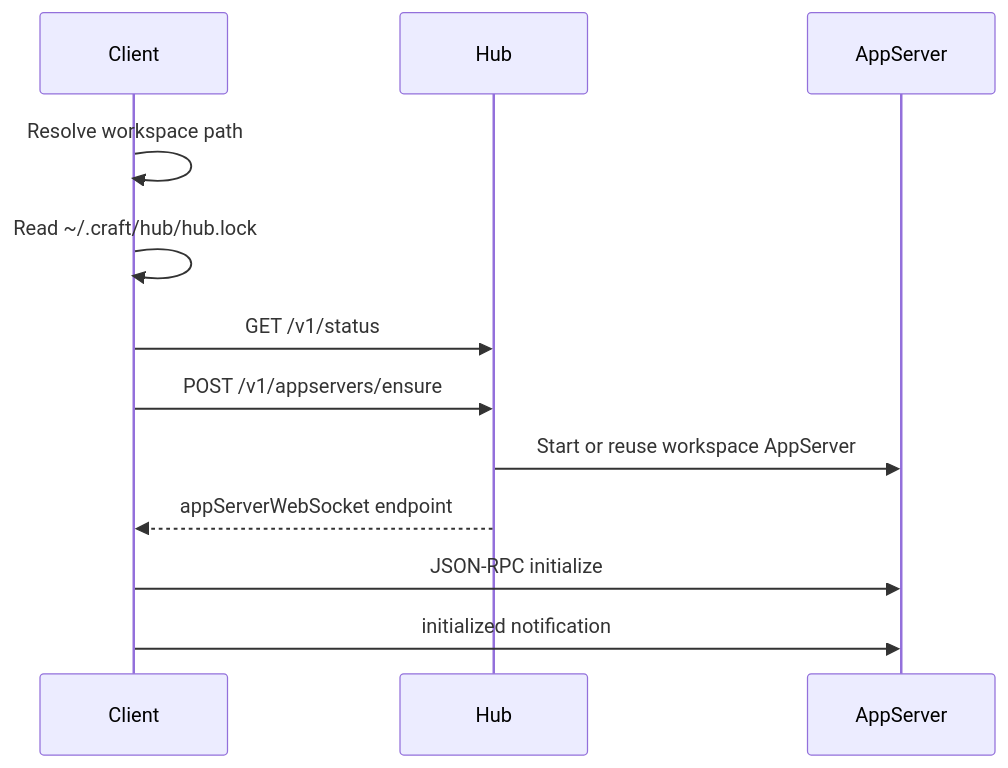
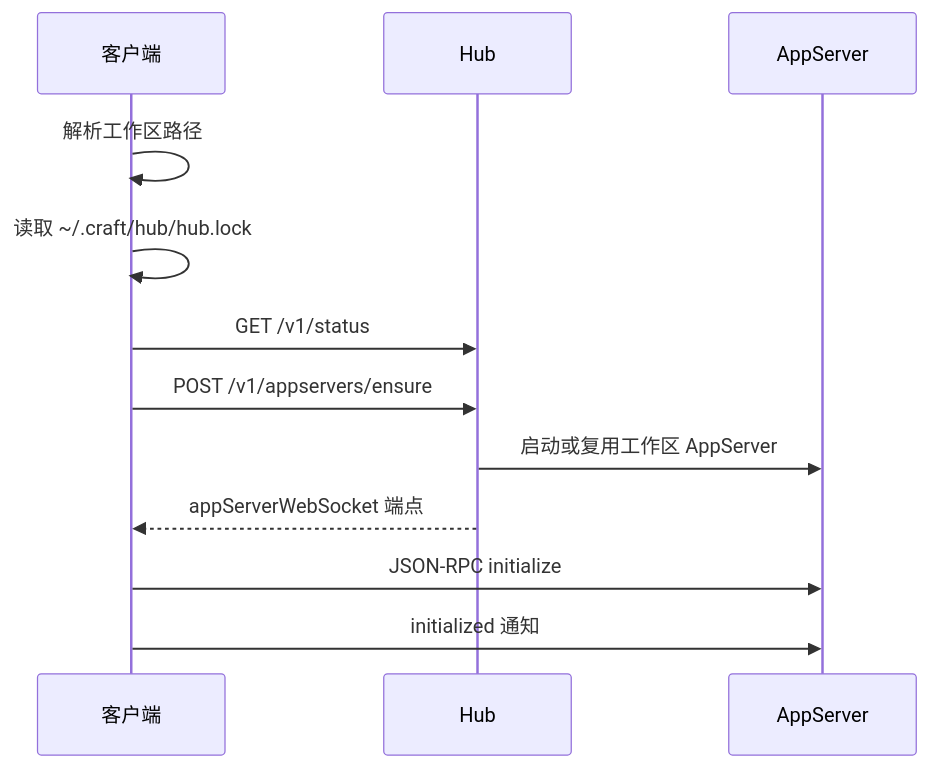
The diagram in docs/reference/hub-protocol.md (DotCraftDev/dotcraft), drawn with Mermaid before and after one commit. The commit also changed other lines of this file and 27 other files, not shown here.

````diff
--- a/docs/reference/hub-protocol.md
+++ b/docs/reference/hub-protocol.md
@@ -60,14 +60,14 @@
 ```mermaid
 sequenceDiagram
-  participant Client
+  participant Client as 客户端
   participant Hub
   participant AppServer
-  Client->>Client: Resolve workspace path
-  Client->>Client: Read ~/.craft/hub/hub.lock
+  Client->>Client: 解析工作区路径
+  Client->>Client: 读取 ~/.craft/hub/hub.lock
   Client->>Hub: GET /v1/status
   Client->>Hub: POST /v1/appservers/ensure
-  Hub->>AppServer: Start or reuse workspace AppServer
-  Hub-->>Client: appServerWebSocket endpoint
+  Hub->>AppServer: 启动或复用工作区 AppServer
+  Hub-->>Client: appServerWebSocket 端点
   Client->>AppServer: JSON-RPC initialize
-  Client->>AppServer: initialized notification
+  Client->>AppServer: initialized 通知
 ```
````
